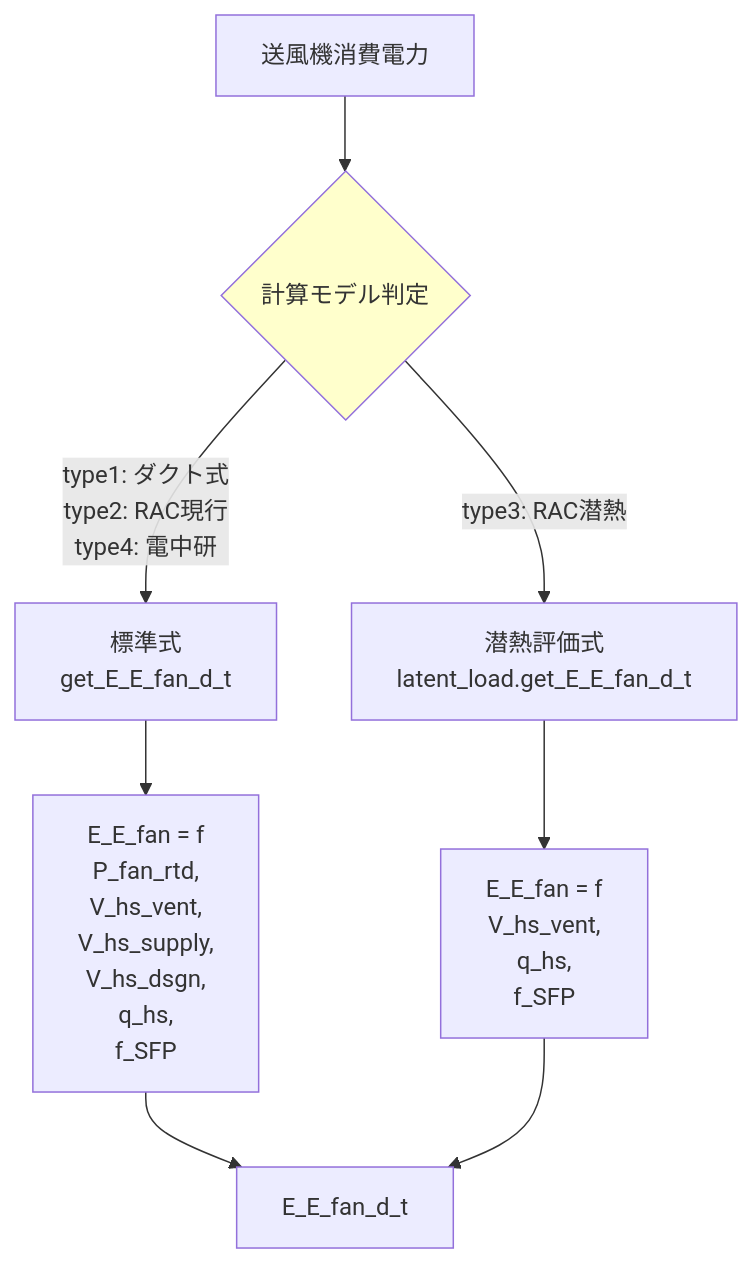
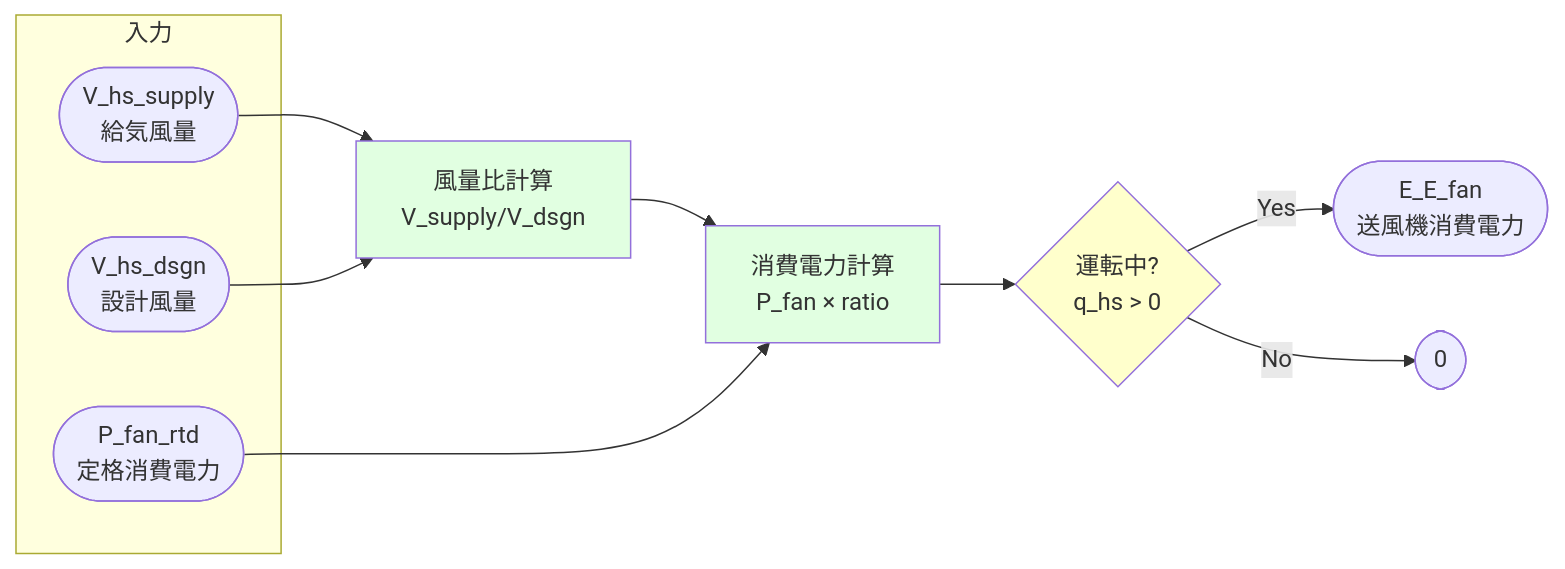
Before and after one commit to izumi-system-development/pyhees-jjj: the fifth of 6 diagrams in src/docs/プロセスモデル_消費電力計算_標準.md, drawn with Mermaid. The commit also changed other lines of this file, not shown here.

````diff
--- a/src/docs/プロセスモデル_消費電力計算_標準.md
+++ b/src/docs/プロセスモデル_消費電力計算_標準.md
@@ -262,17 +346,24 @@
 ```mermaid
-flowchart TD
-    Start[送風機消費電力] --> Type{計算モデル判定}
-    
-    Type -->|type1: ダクト式<br/>type2: RAC現行<br/>type4: 電中研| Standard[標準式<br/>get_E_E_fan_d_t]
-    
-    Type -->|type3: RAC潜熱| Latent[潜熱評価式<br/>latent_load.get_E_E_fan_d_t]
-    
-    Standard --> Formula[E_E_fan = f<br/>P_fan_rtd,<br/>V_hs_vent,<br/>V_hs_supply,<br/>V_hs_dsgn,<br/>q_hs,<br/>f_SFP]
-    
-    Latent --> FormulaL[E_E_fan = f<br/>V_hs_vent,<br/>q_hs,<br/>f_SFP]
-    
-    Formula --> Result[E_E_fan_d_t]
-    FormulaL --> Result
-    
-    style Type fill:#ffffcc
+flowchart LR
+
+subgraph 入力
+    V([V_hs_supply<br/>給気風量])
+    V_dsgn([V_hs_dsgn<br/>設計風量])
+    P([P_fan_rtd<br/>定格消費電力])
+end
+
+V --> Ratio[風量比計算<br/>V_supply/V_dsgn]
+V_dsgn --> Ratio
+
+Ratio --> Power[消費電力計算<br/>P_fan × ratio]
+P --> Power
+
+Power --> Check{運転中?<br/>q_hs > 0}
+
+Check -->|Yes| Result([E_E_fan<br/>送風機消費電力])
+Check -->|No| Zero([0])
+
+style Ratio fill:#e1ffe1
+style Power fill:#e1ffe1
+style Check fill:#ffffcc
 ```
````
